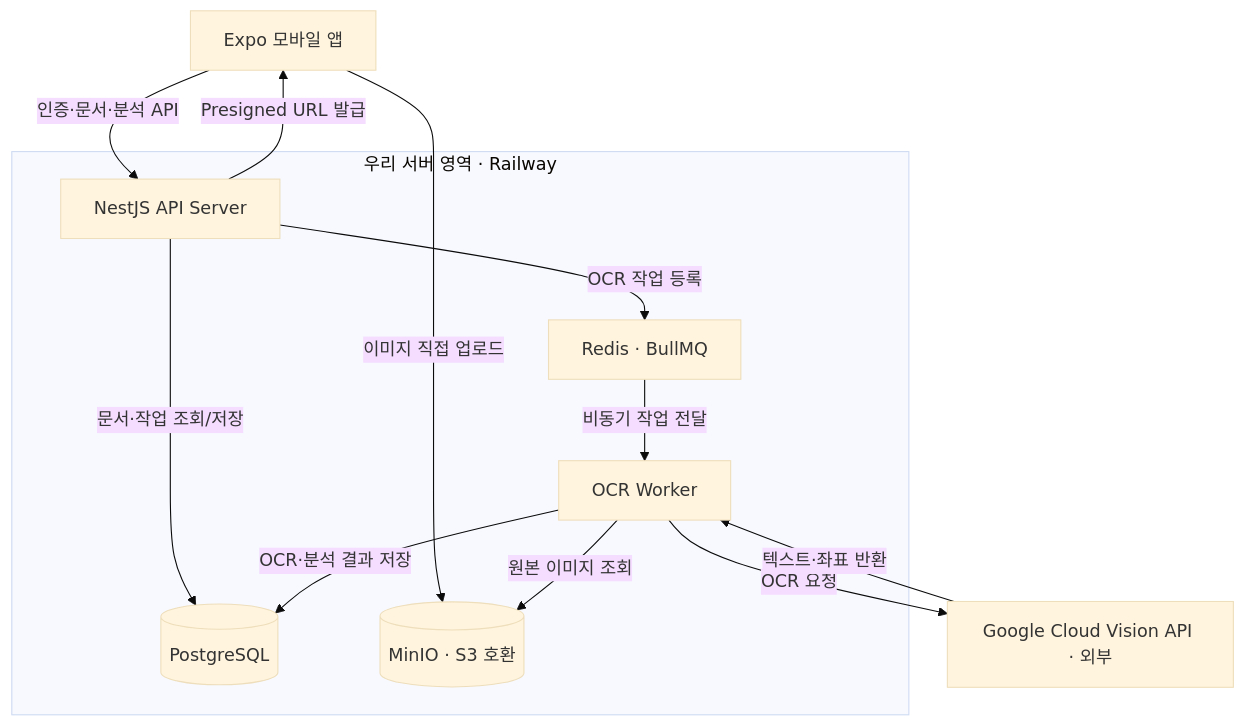
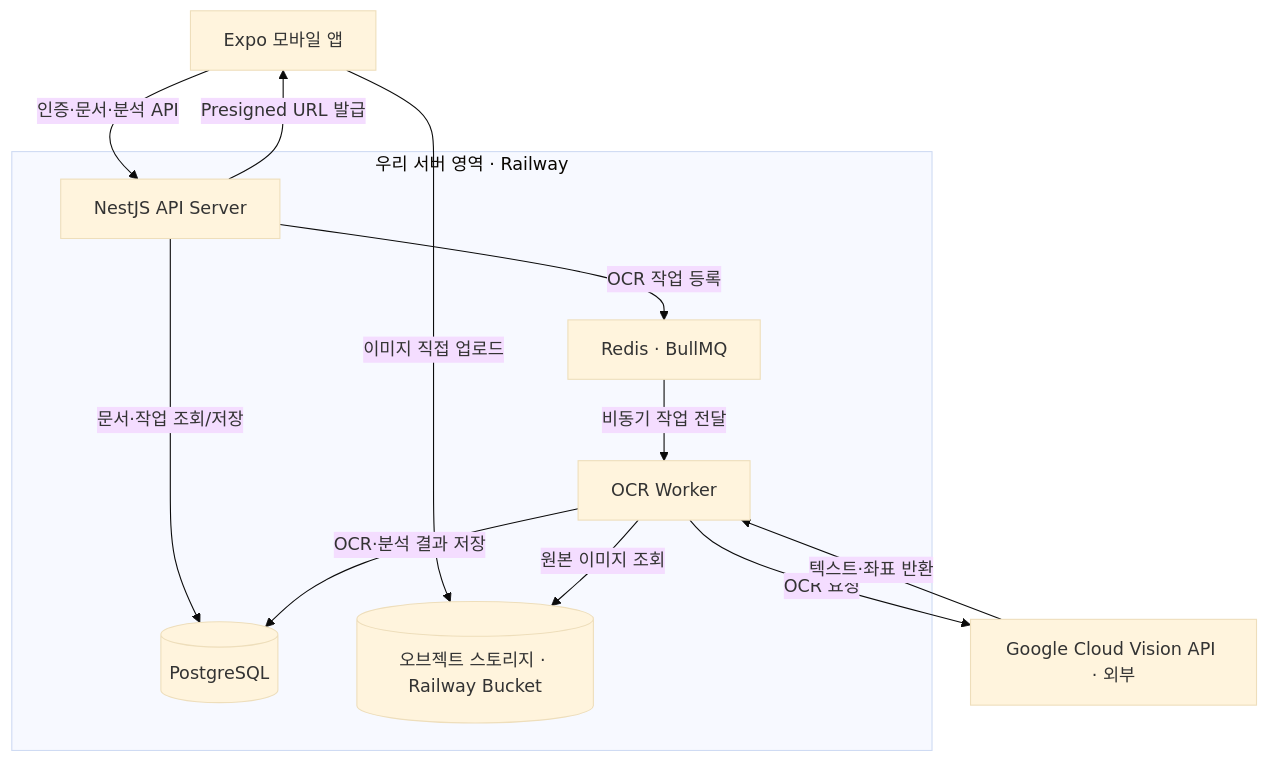
The second of 5 diagrams in README.md (kyungchan3007/clause-lens), drawn with Mermaid (base theme) before and after one commit. The commit also changed other lines of this file and 6 other files, not shown here.

First line of the commit message:
docs: 스토리지 결정 정정 — 프로덕션 Railway Bucket / 로컬 MinIO

````diff
--- a/README.md
+++ b/README.md
@@ -170,25 +170,25 @@
 ```mermaid
 flowchart TB
     App["Expo 모바일 앱"]
 
     subgraph Backend["우리 서버 영역 · Railway"]
         API["NestJS API Server"]
         Queue["Redis · BullMQ"]
         Worker["OCR Worker"]
         DB[("PostgreSQL")]
-        S3[("MinIO · S3 호환")]
+        S3[("오브젝트 스토리지 · Railway Bucket")]
     end
 
     Vision["Google Cloud Vision API · 외부"]
 
     App -->|"인증·문서·분석 API"| API
     API -->|"Presigned URL 발급"| App
     App -->|"이미지 직접 업로드"| S3
     API -->|"OCR 작업 등록"| Queue
     Queue -->|"비동기 작업 전달"| Worker
     Worker -->|"원본 이미지 조회"| S3
     Worker -->|"OCR 요청"| Vision
     Vision -->|"텍스트·좌표 반환"| Worker
     API -->|"문서·작업 조회/저장"| DB
     Worker -->|"OCR·분석 결과 저장"| DB
 ```
````
